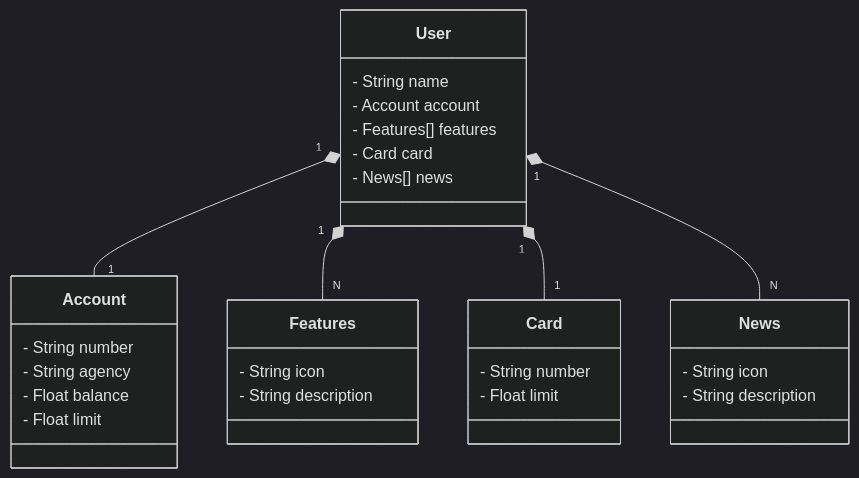
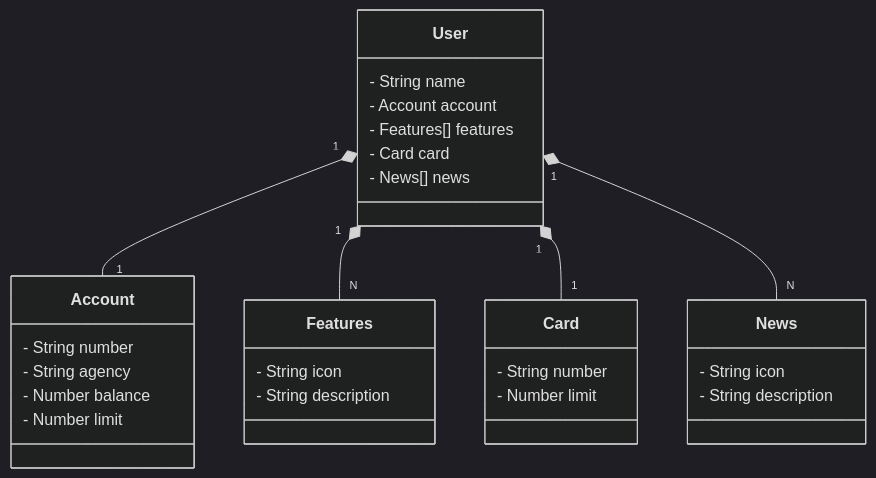
Before and after one commit to lucascesca/santander-dev-week-2023: the diagram in README.md, drawn with Mermaid (dark theme).

Commit message:
Update README.md
Atualização do README

````diff
--- a/README.md
+++ b/README.md
@@ -6,38 +6,38 @@
 ```mermaid
 
 classDiagram
     class User {
         - String name
         - Account account
         - Features[] features
         - Card card
         - News[] news
     }
 
     class Account {
         - String number
         - String agency
-        - Float balance
-        - Float limit
+        - Number balance
+        - Number limit
     }
 
     class Features {
         - String icon
         - String description
     }
 
     class Card {
         - String number
-        - Float limit
+        - Number limit
     }
 
     class News {
         - String icon
         - String description
     }
 
     User "1" *-- "1" Account
     User "1" *-- "N" Features
     User "1" *-- "1" Card
     User "1" *-- "N" News
 ```
````
